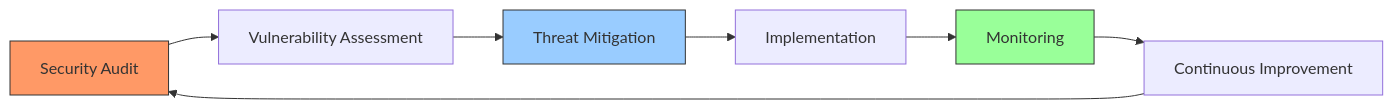
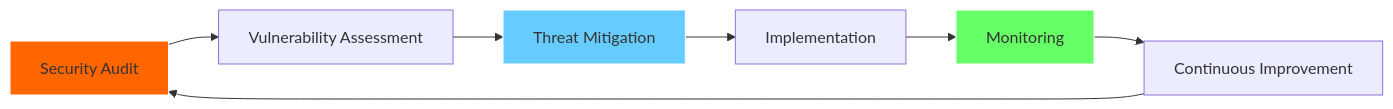
One commit to atyinfosec/atyinfosec changed the diagram in README.MD. Above: the diagram before and after it, drawn with Mermaid.

Commit message:
Committed at 2025-01-03 09:34:04 PM

````diff
--- a/README.MD
+++ b/README.MD
@@ -16,12 +16,12 @@
 ```mermaid
 graph LR
 A[Security Audit] --> B[Vulnerability Assessment]
 B --> C[Threat Mitigation]
 C --> D[Implementation]
 D --> E[Monitoring]
 E --> F[Continuous Improvement]
 F --> A
-style A fill:#f96,stroke:#333
-style C fill:#9cf,stroke:#333
-style E fill:#9f9,stroke:#333
+style A fill:#ff6600,stroke:#ffffff
+style C fill:#66ccff,stroke:#ffffff
+style E fill:#66ff66,stroke:#ffffff
 ```
````
